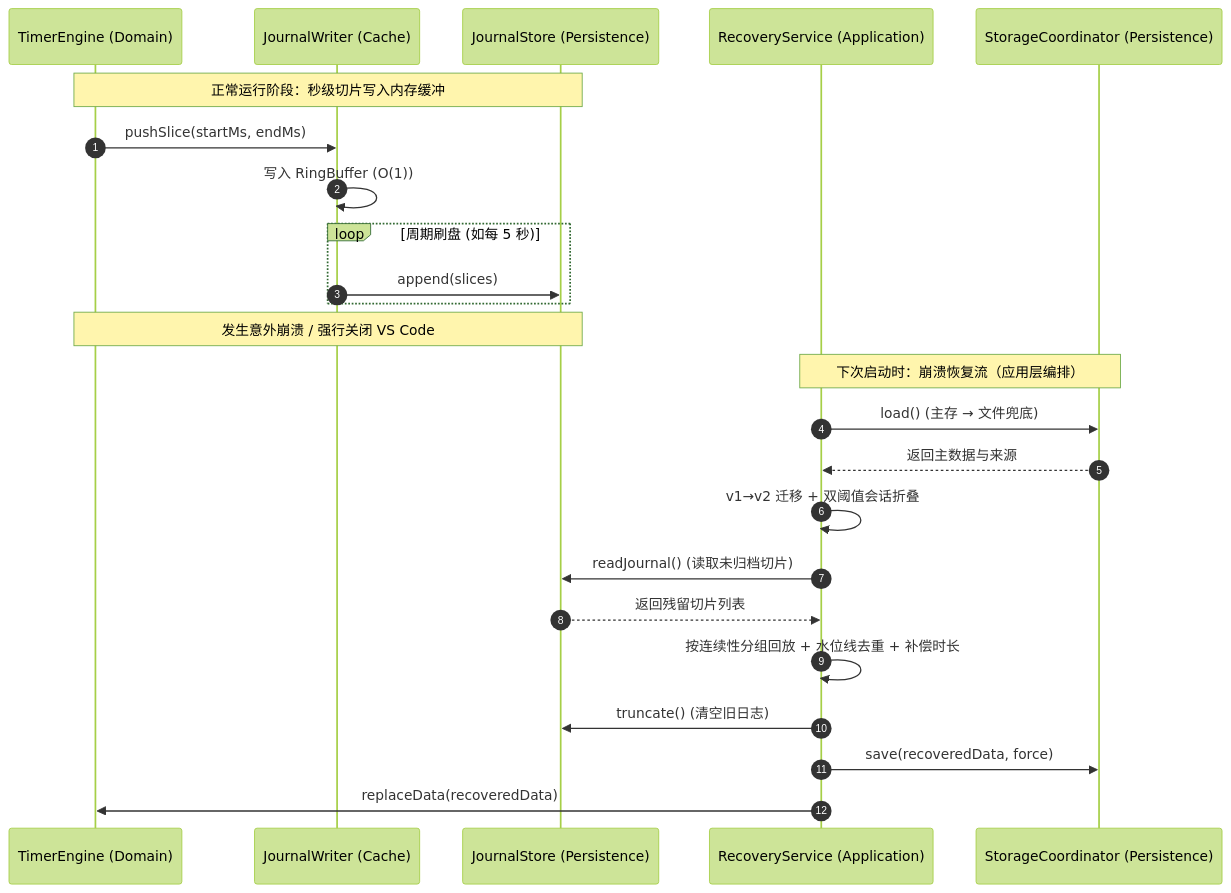
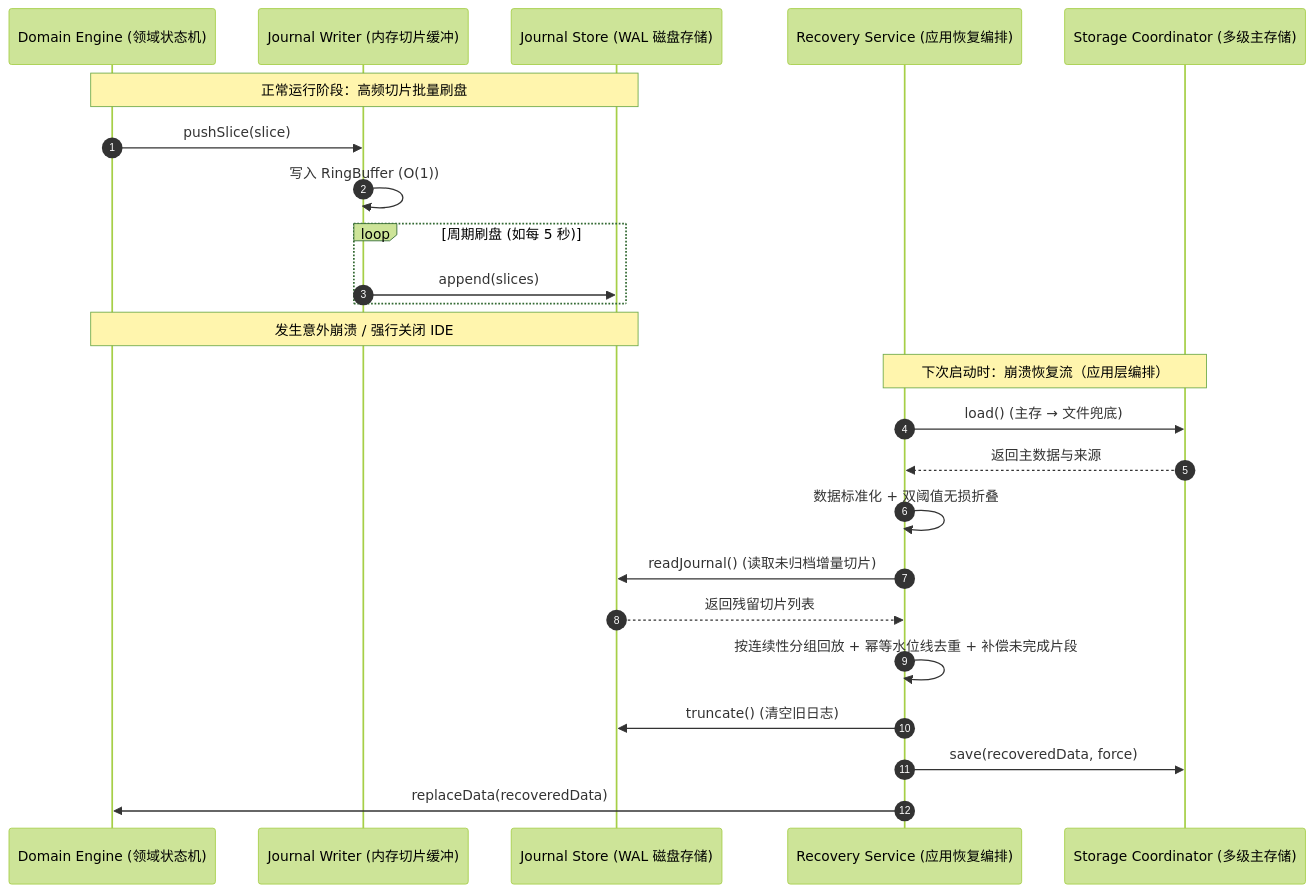
Before and after one commit to guilingzhouyi-creator/vscode-extensions: the second of 3 diagrams in workspace-timing/docs/architecture.md, drawn with Mermaid (forest theme). The commit also changed other lines of this file, not shown here.

Commit message:
docs: 提炼现代 IDE 扩展通用分层架构与高可靠工程设计指南（泛化规范与多场景落地映射）

````diff
--- a/workspace-timing/docs/architecture.md
+++ b/workspace-timing/docs/architecture.md
@@ -150,29 +148,29 @@
 ```mermaid
 sequenceDiagram
     autonumber
-    participant Engine as TimerEngine (Domain)
-    participant Writer as JournalWriter (Cache)
-    participant Disk as JournalStore (Persistence)
-    participant Coord as RecoveryService (Application)
-    participant Store as StorageCoordinator (Persistence)
+    participant Engine as Domain Engine (领域状态机)
+    participant Writer as Journal Writer (内存切片缓冲)
+    participant Disk as Journal Store (WAL 磁盘存储)
+    participant Coord as Recovery Service (应用恢复编排)
+    participant Store as Storage Coordinator (多级主存储)
 
-    Note over Engine, Disk: 正常运行阶段：秒级切片写入内存缓冲
-    Engine->>Writer: pushSlice(startMs, endMs)
+    Note over Engine, Disk: 正常运行阶段：高频切片批量刷盘
+    Engine->>Writer: pushSlice(slice)
     Writer->>Writer: 写入 RingBuffer (O(1))
     
     loop 周期刷盘 (如每 5 秒)
         Writer->>Disk: append(slices)
     end
 
-    Note over Engine, Disk: 发生意外崩溃 / 强行关闭 VS Code
+    Note over Engine, Disk: 发生意外崩溃 / 强行关闭 IDE
     Note over Coord, Store: 下次启动时：崩溃恢复流（应用层编排）
     Coord->>Store: load() (主存 → 文件兜底)
     Store-->>Coord: 返回主数据与来源
-    Coord->>Coord: v1→v2 迁移 + 双阈值会话折叠
-    Coord->>Disk: readJournal() (读取未归档切片)
+    Coord->>Coord: 数据标准化 + 双阈值无损折叠
+    Coord->>Disk: readJournal() (读取未归档增量切片)
     Disk-->>Coord: 返回残留切片列表
-    Coord->>Coord: 按连续性分组回放 + 水位线去重 + 补偿时长
+    Coord->>Coord: 按连续性分组回放 + 幂等水位线去重 + 补偿未完成片段
     Coord->>Disk: truncate() (清空旧日志)
     Coord->>Store: save(recoveredData, force)
     Coord->>Engine: replaceData(recoveredData)
 ```
````
